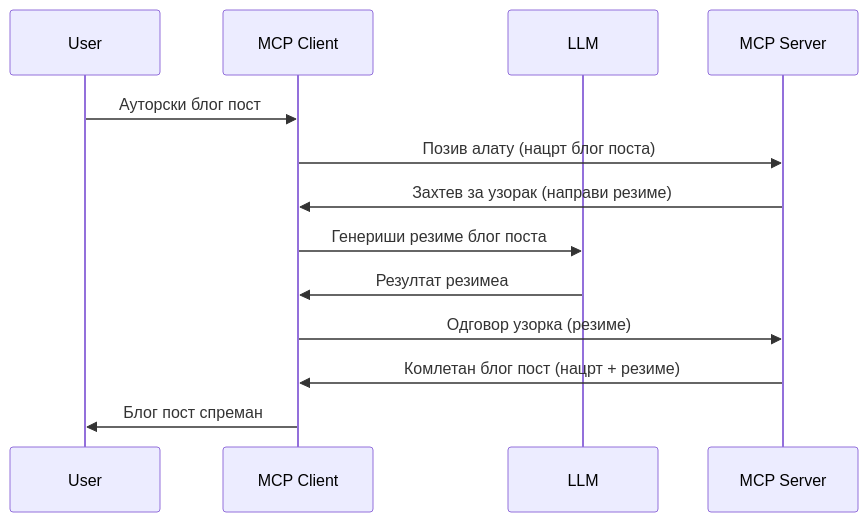
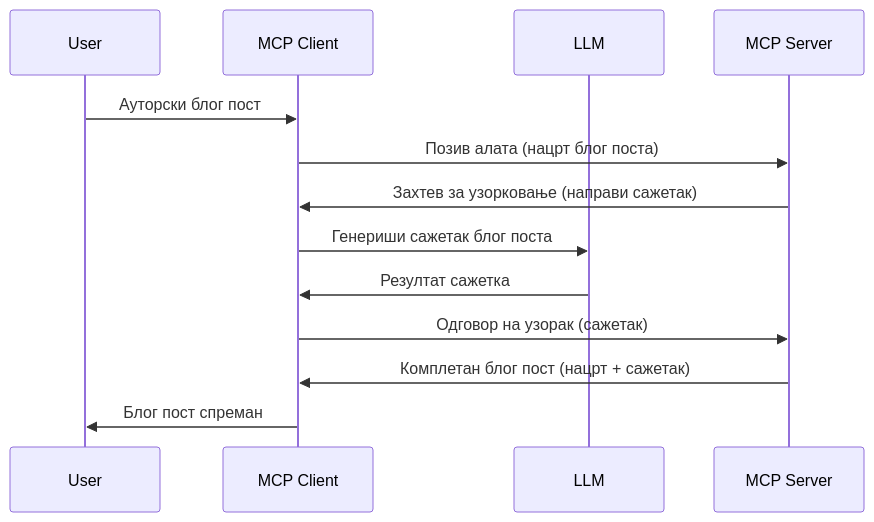
One commit to HIDORAKAI002/ai-workspace-archive changed the diagram in mcp_ecosystem__model_context_protocol/mcp_learning_resources/mcp-for-beginners/translations/sr/03-GettingStarted/14-sampling/README.md. Above: the diagram before and after it, drawn with Mermaid. The commit also changed other lines of this file and 5721 other files, not shown here.

Commit message:
chore(sync): update MCP Python SDK, MCP TypeScript SDK, Supabase MCP, Kubernetes MCP Server, Git MCP, MCP Agent, Awesome ChatGPT Prompts, Langfuse, +62 more

````diff
--- a/mcp_ecosystem__model_context_protocol/mcp_learning_resources/mcp-for-beginners/translations/sr/03-GettingStarted/14-sampling/README.md
+++ b/mcp_ecosystem__model_context_protocol/mcp_learning_resources/mcp-for-beginners/translations/sr/03-GettingStarted/14-sampling/README.md
@@ -25,16 +27,16 @@
 ```mermaid
 sequenceDiagram
     participant User
     participant MCP Client
     participant LLM
     participant MCP Server
 
     User->>MCP Client: Ауторски блог пост
-    MCP Client->>MCP Server: Позив алату (нацрт блог поста)
-    MCP Server->>MCP Client: Захтев за узорак (направи резиме)
-    MCP Client->>LLM: Генериши резиме блог поста
-    LLM->>MCP Client: Резултат резимеа
-    MCP Client->>MCP Server: Одговор узорка (резиме)
-    MCP Server->>MCP Client: Комлетан блог пост (нацрт + резиме)
+    MCP Client->>MCP Server: Позив алата (нацрт блог поста)
+    MCP Server->>MCP Client: Захтев за узорковање (направи сажетак)
+    MCP Client->>LLM: Генериши сажетак блог поста
+    LLM->>MCP Client: Резултат сажетка
+    MCP Client->>MCP Server: Одговор на узорак (сажетак)
+    MCP Server->>MCP Client: Комплетан блог пост (нацрт + сажетак)
     MCP Client->>User: Блог пост спреман
 ```
````
